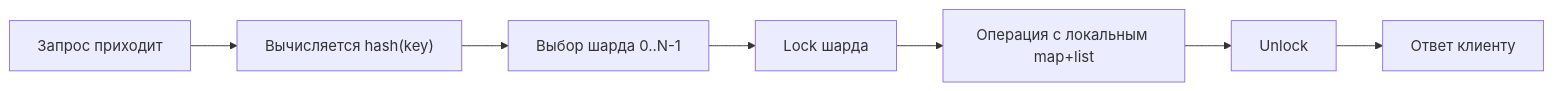
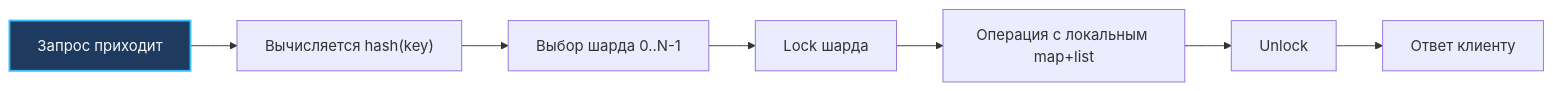
Before and after one commit to UnrealTemplier/go-textbook: the second of 2 diagrams in sources/21. Задачи с LeetCode и собеседований на Go/02. Задачи/26. Design задачи и структуры данных/3. LRU Cache.md, drawn with Mermaid. The commit also changed other lines of this file and 1666 other files, not shown here.

First line of the commit message:
feat(mermaid): add semantic color classDef to 1369 colorless flowchart/graph diagrams

````diff
--- a/sources/21. Задачи с LeetCode и собеседований на Go/02. Задачи/26. Design задачи и структуры данных/3. LRU Cache.md
+++ b/sources/21. Задачи с LeetCode и собеседований на Go/02. Задачи/26. Design задачи и структуры данных/3. LRU Cache.md
@@ -187,9 +197,19 @@
 ```mermaid
 flowchart LR
-  A["Запрос приходит"] --> B["Вычисляется hash(key)"]
+    classDef process  fill:#1e293b,stroke:#38bdf8,stroke-width:1px,color:#f8fafc
+    classDef success  fill:#064e3b,stroke:#34d399,stroke-width:1px,color:#f8fafc
+    classDef error    fill:#7f1d1d,stroke:#f87171,stroke-width:1px,color:#f8fafc
+    classDef warning  fill:#78350f,stroke:#fbbf24,stroke-width:1px,color:#f8fafc
+    classDef entry    fill:#1e3a5f,stroke:#38bdf8,stroke-width:2px,color:#f8fafc
+    classDef aux      fill:#334155,stroke:#64748b,stroke-width:1px,color:#f8fafc
+    classDef system   fill:#312e81,stroke:#a78bfa,stroke-width:1px,color:#f8fafc
+    classDef data     fill:#132d29,stroke:#2dd4bf,stroke-width:1px,color:#f8fafc
+    classDef network  fill:#881337,stroke:#fb7185,stroke-width:1px,color:#f8fafc
+    classDef accent   fill:#1e1b4b,stroke:#818cf8,stroke-width:1px,color:#f8fafc
+  A["Запрос приходит"]:::entry --> B["Вычисляется hash(key)"]
   B --> C["Выбор шарда 0..N-1"]
   C --> D["Lock шарда"]
   D --> E["Операция с локальным map+list"]
   E --> F["Unlock"]
   F --> G["Ответ клиенту"]
 ```
````
